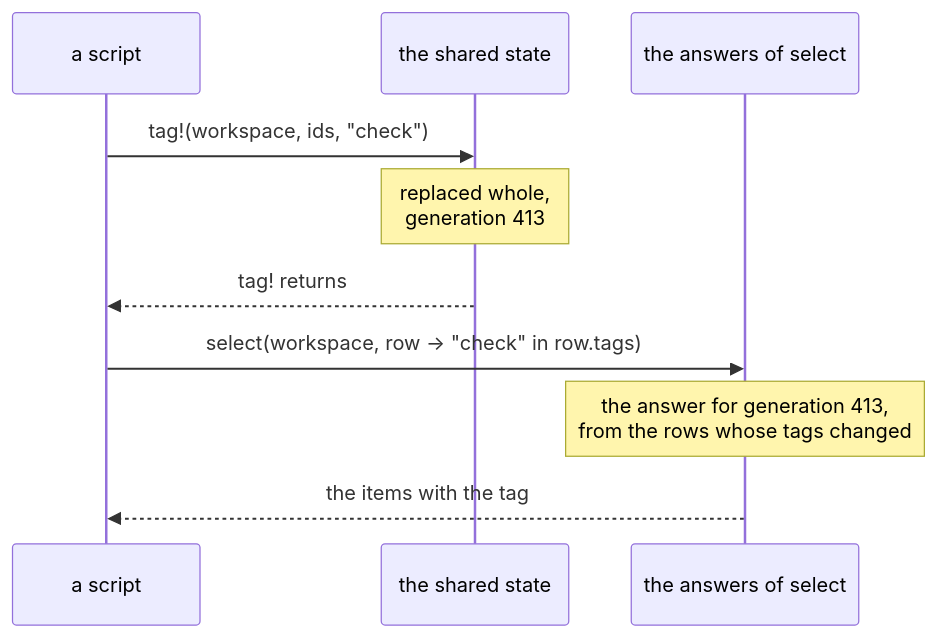
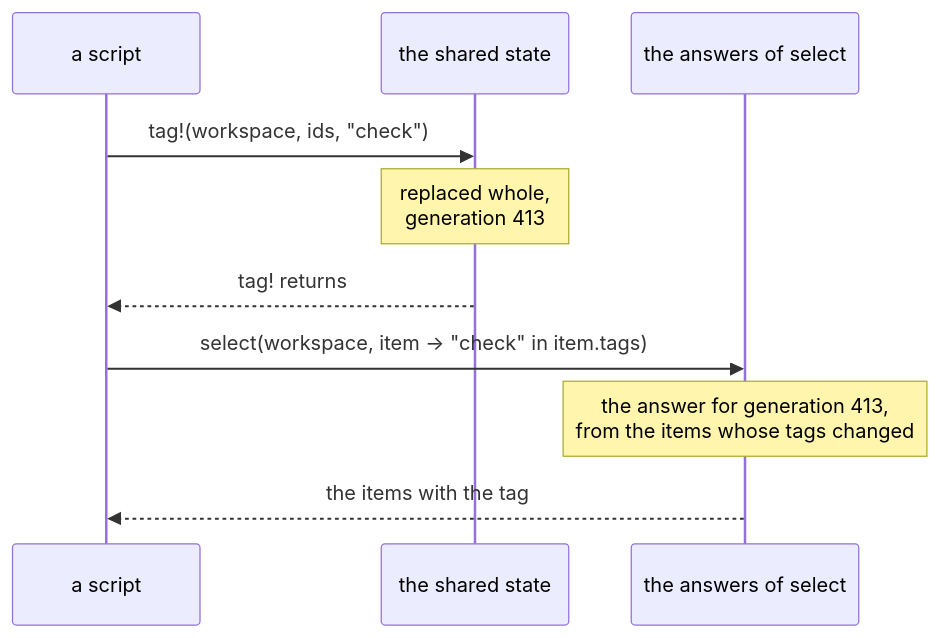
The third of 4 diagrams in docs/ARCHITECTURE.md (digiefel/DataBrowser), drawn with Mermaid before and after one commit. The commit also changed other lines of this file and 3 other files, not shown here.

Commit message:
Call the argument that select and sort! give to a function an item, not a row

````diff
--- a/docs/ARCHITECTURE.md
+++ b/docs/ARCHITECTURE.md
@@ -363,12 +363,12 @@
 ```mermaid
 sequenceDiagram
     participant C as a script
     participant S as the shared state
     participant A as the answers of select
     C->>S: tag!(workspace, ids, "check")
     Note over S: replaced whole,<br/>generation 413
     S-->>C: tag! returns
-    C->>A: select(workspace, row -> "check" in row.tags)
-    Note over A: the answer for generation 413,<br/>from the rows whose tags changed
+    C->>A: select(workspace, item -> "check" in item.tags)
+    Note over A: the answer for generation 413,<br/>from the items whose tags changed
     A-->>C: the items with the tag
 ```
````
